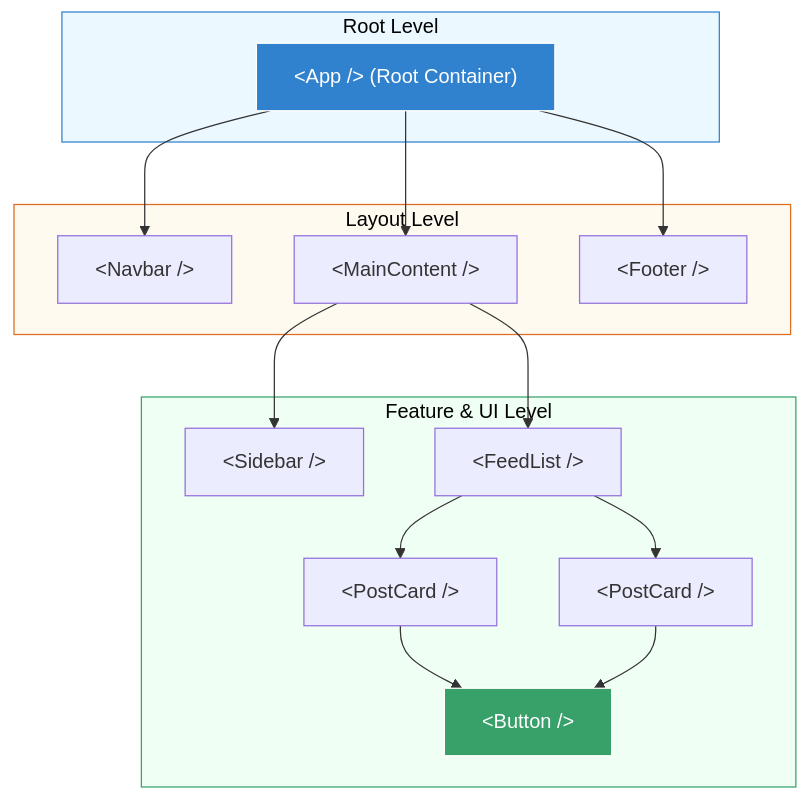
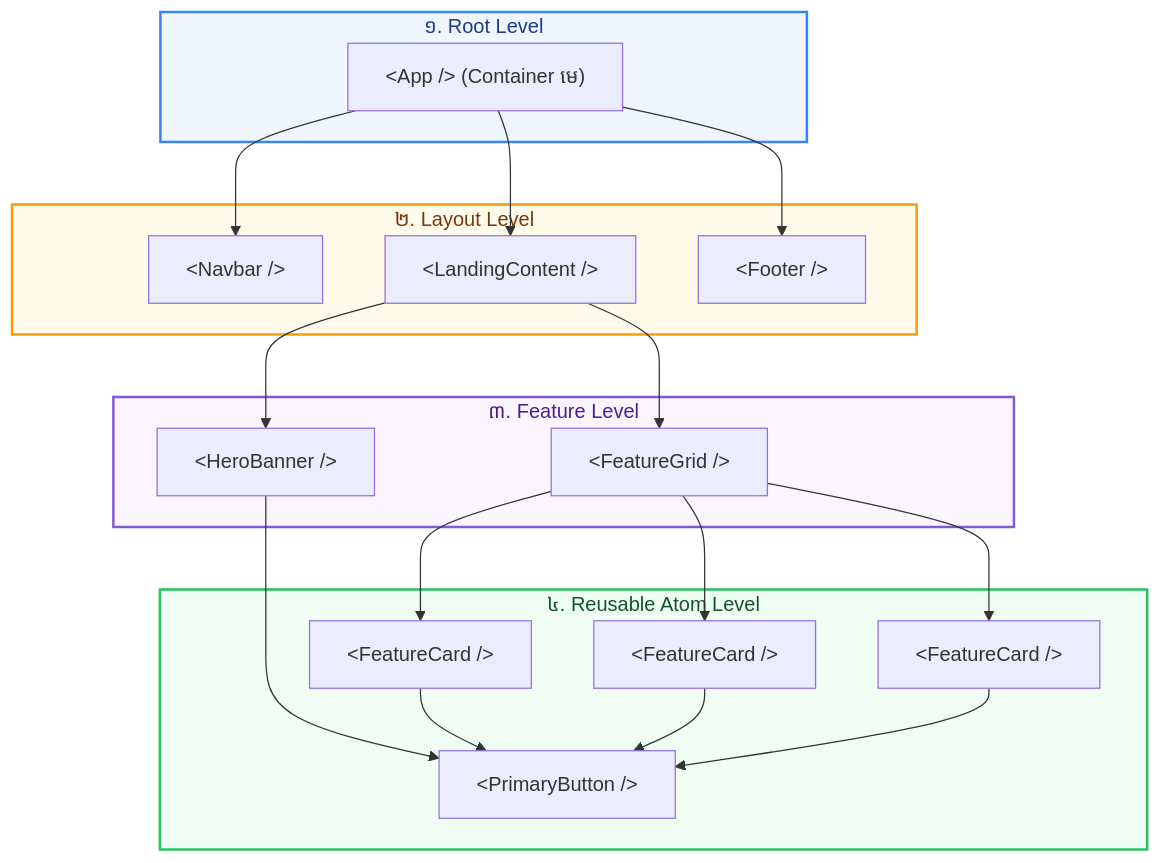
One commit to Ari-ICU/full-stack-short-coures changed the diagram in src/courses/react/module-1-tooling-architecture/04-functional-components.mdx. Above: the diagram before and after it, drawn with Mermaid. The commit also changed other lines of this file and 1 other file, not shown here.

````diff
--- a/src/courses/react/module-1-tooling-architecture/04-functional-components.mdx
+++ b/src/courses/react/module-1-tooling-architecture/04-functional-components.mdx
@@ -38,37 +69,42 @@
 ```mermaid
 flowchart TD
-    subgraph RootLevel["Root Level"]
-        App["&lt;App /&gt; (Root Container)"]
+    subgraph Root["១. Root Level"]
+        App["&lt;App /&gt; (Container មេ)"]
     end
 
-    subgraph LayoutLevel["Layout Level"]
+    subgraph Layout["២. Layout Level"]
         Nav["&lt;Navbar /&gt;"]
-        Main["&lt;MainContent /&gt;"]
+        Main["&lt;LandingContent /&gt;"]
         Foot["&lt;Footer /&gt;"]
     end
 
-    subgraph FeatureLevel["Feature & UI Level"]
-        Side["&lt;Sidebar /&gt;"]
-        Feed["&lt;FeedList /&gt;"]
-        Card1["&lt;PostCard /&gt;"]
-        Card2["&lt;PostCard /&gt;"]
-        Btn["&lt;Button /&gt;"]
+    subgraph Feature["៣. Feature Level"]
+        Hero["&lt;HeroBanner /&gt;"]
+        Grid["&lt;FeatureGrid /&gt;"]
+    end
+
+    subgraph Atoms["៤. Reusable Atom Level"]
+        Card1["&lt;FeatureCard /&gt;"]
+        Card2["&lt;FeatureCard /&gt;"]
+        Card3["&lt;FeatureCard /&gt;"]
+        Btn["&lt;PrimaryButton /&gt;"]
     end
 
     App --> Nav
     App --> Main
     App --> Foot
 
-    Main --> Side
-    Main --> Feed
-    Feed --> Card1
-    Feed --> Card2
+    Main --> Hero
+    Main --> Grid
+
+    Grid --> Card1 & Card2 & Card3
+    Hero --> Btn
     Card1 --> Btn
     Card2 --> Btn
+    Card3 --> Btn
 
-    style RootLevel fill:#ebf8ff,stroke:#3182ce,color:#000
-    style LayoutLevel fill:#fffaf0,stroke:#dd6b20,color:#000
-    style FeatureLevel fill:#f0fff4,stroke:#38a169,color:#000
-    style App fill:#3182ce,stroke:#fff,color:#fff
-    style Btn fill:#38a169,stroke:#fff,color:#fff
+    style Root fill:#eff6ff,stroke:#3b82f6,stroke-width:2px,color:#1e3a8a
+    style Layout fill:#fffbeb,stroke:#f59e0b,stroke-width:2px,color:#78350f
+    style Feature fill:#faf5ff,stroke:#805ad5,stroke-width:2px,color:#4c1d95
+    style Atoms fill:#f0fdf4,stroke:#22c55e,stroke-width:2px,color:#14532d
 ```
````
